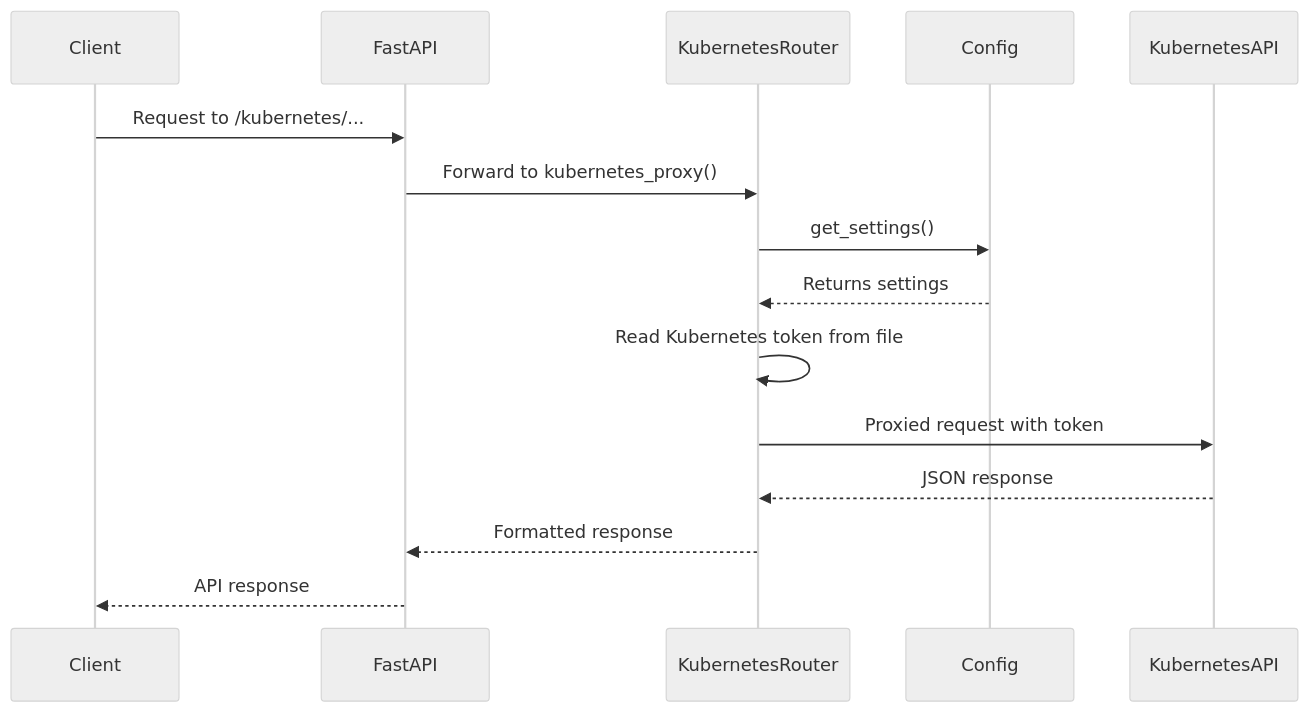
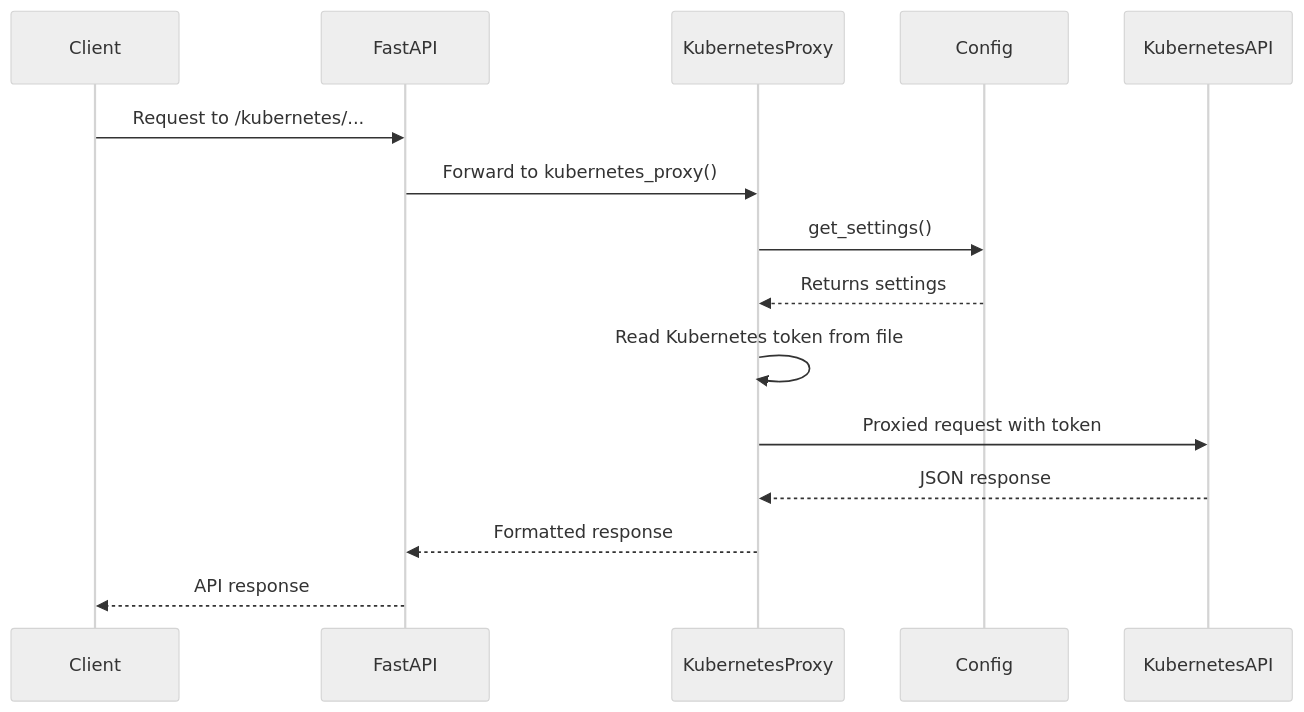
The diagram in fastapi/mermaid/kubernetes-proxy-sequence.mermaid (lloydchang/tvp-k8s), drawn with Mermaid (neutral theme) before and after one commit. The commit also changed 11 other files, not shown here.

```diff
--- a/fastapi/mermaid/kubernetes-proxy-sequence.mermaid
+++ b/fastapi/mermaid/kubernetes-proxy-sequence.mermaid
@@ -1,17 +1,17 @@
 sequenceDiagram
     participant Client
     participant FastAPI
-    participant KubernetesRouter
+    participant KubernetesProxy
     participant Config
     participant KubernetesAPI
     
     Client->>FastAPI: Request to /kubernetes/...
-    FastAPI->>KubernetesRouter: Forward to kubernetes_proxy()
-    KubernetesRouter->>Config: get_settings()
-    Config-->>KubernetesRouter: Returns settings
+    FastAPI->>KubernetesProxy: Forward to kubernetes_proxy()
+    KubernetesProxy->>Config: get_settings()
+    Config-->>KubernetesProxy: Returns settings
     
-    KubernetesRouter->>KubernetesRouter: Read Kubernetes token from file
-    KubernetesRouter->>KubernetesAPI: Proxied request with token
-    KubernetesAPI-->>KubernetesRouter: JSON response
-    KubernetesRouter-->>FastAPI: Formatted response
+    KubernetesProxy->>KubernetesProxy: Read Kubernetes token from file
+    KubernetesProxy->>KubernetesAPI: Proxied request with token
+    KubernetesAPI-->>KubernetesProxy: JSON response
+    KubernetesProxy-->>FastAPI: Formatted response
     FastAPI-->>Client: API response
```
